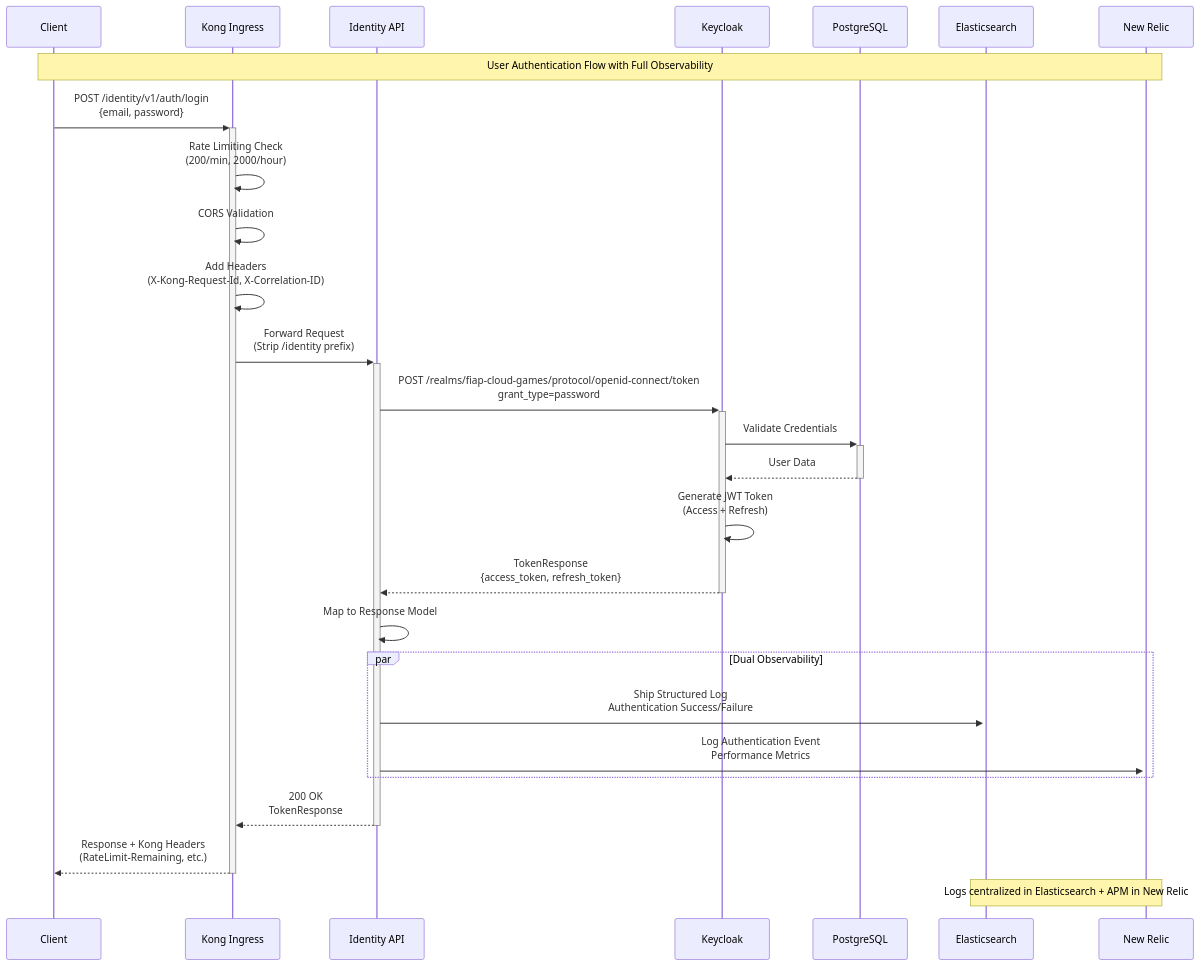
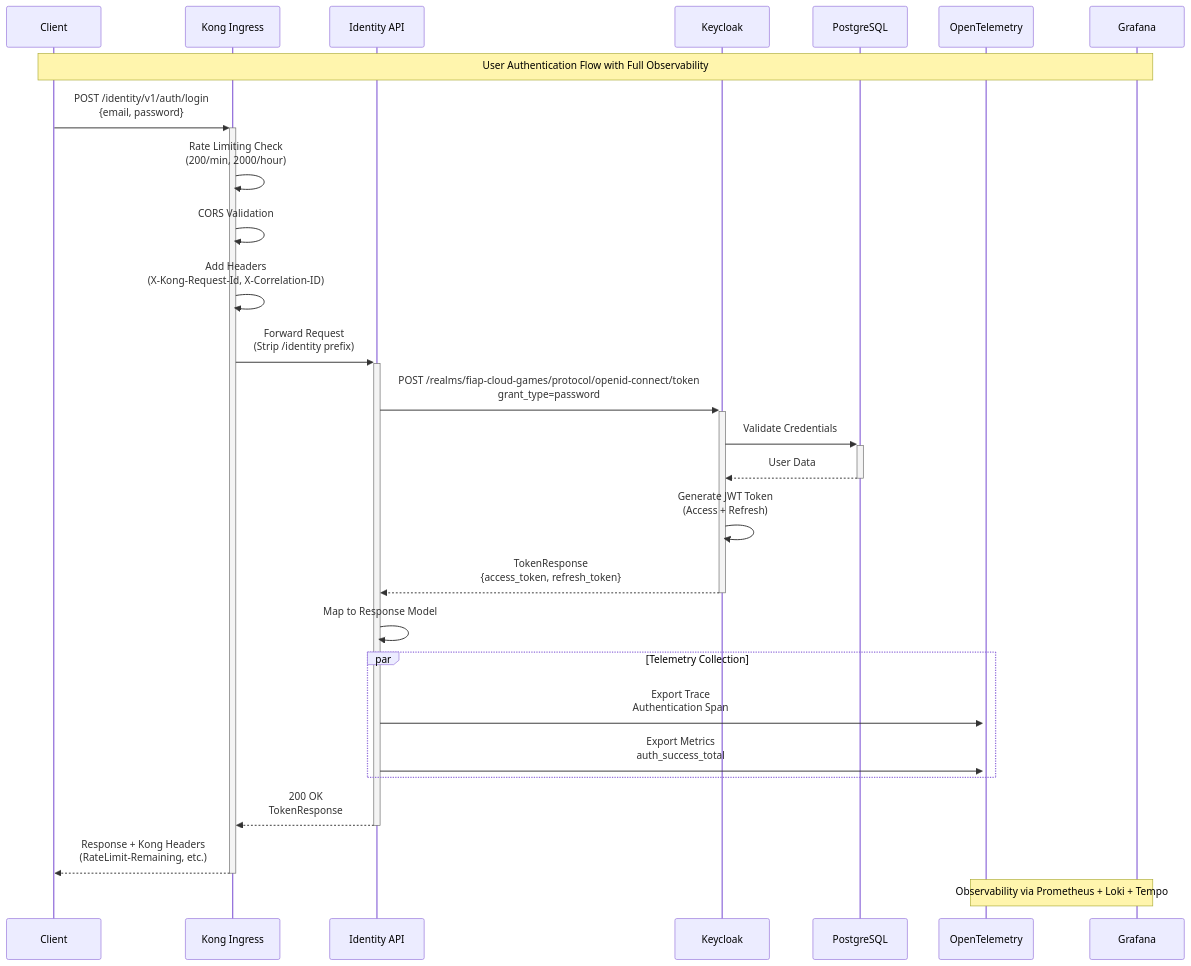
Before and after one commit to kyo1506/tec-challenge-fase-1: the fifth of 6 diagrams in README.md, drawn with Mermaid. The commit also changed other lines of this file and 7 other files, not shown here.

First line of the commit message:
refactor: Update observability stack to use Prometheus, Loki, Tempo, and Grafana

````diff
--- a/README.md
+++ b/README.md
@@ -274,36 +333,36 @@
 ```mermaid
 sequenceDiagram
     participant Client
     participant Kong as Kong Ingress
     participant API as Identity API
     participant KC as Keycloak
     participant DB as PostgreSQL
-    participant Elastic as Elasticsearch
-    participant NR as New Relic
+    participant OTEL as OpenTelemetry
+    participant Grafana
 
-    Note over Client,NR: User Authentication Flow with Full Observability
+    Note over Client,Grafana: User Authentication Flow with Full Observability
     
     Client->>+Kong: POST /identity/v1/auth/login<br/>{email, password}
     Kong->>Kong: Rate Limiting Check<br/>(200/min, 2000/hour)
     Kong->>Kong: CORS Validation
     Kong->>Kong: Add Headers<br/>(X-Kong-Request-Id, X-Correlation-ID)
     Kong->>+API: Forward Request<br/>(Strip /identity prefix)
     
     API->>+KC: POST /realms/fiap-cloud-games/protocol/openid-connect/token<br/>grant_type=password
     KC->>+DB: Validate Credentials
     DB-->>-KC: User Data
     KC->>KC: Generate JWT Token<br/>(Access + Refresh)
     KC-->>-API: TokenResponse<br/>{access_token, refresh_token}
     
     API->>API: Map to Response Model
     
-    par Dual Observability
-        API->>+Elastic: Ship Structured Log<br/>Authentication Success/Failure
-        API->>+NR: Log Authentication Event<br/>Performance Metrics
+    par Telemetry Collection
+        API->>+OTEL: Export Trace<br/>Authentication Span
+        API->>+OTEL: Export Metrics<br/>auth_success_total
     end
     
     API-->>-Kong: 200 OK<br/>TokenResponse
     Kong-->>-Client: Response + Kong Headers<br/>(RateLimit-Remaining, etc.)
     
-    Note over Elastic,NR: Logs centralized in Elasticsearch + APM in New Relic
+    Note over OTEL,Grafana: Observability via Prometheus + Loki + Tempo
 ```
````
